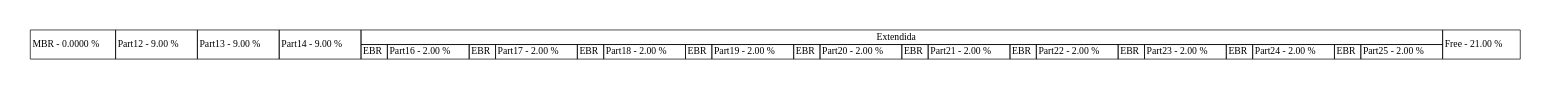
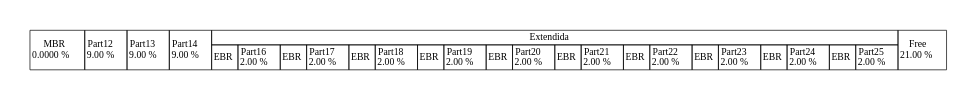
The diagram in disk_report.dot (MacoChave/DiskParted), drawn with Graphviz before and after one commit. The commit also changed 8 other files, not shown here.

```diff
--- a/disk_report.dot
+++ b/disk_report.dot
@@ -1,39 +1,39 @@
 digraph {
 	graph[pad="0.5", nodesep="0.5", ranksep="2"]
 	node [shape = plain]
 	rankdir = LR
 	DISK [label=<
 		<table border="0" cellborder="1" cellspacing="0">
 			<tr>
-				<td rowspan="2">MBR - 0.0000 %</td>
-				<td rowspan="2">Part12 - 9.00 %</td>
-				<td rowspan="2">Part13 - 9.00 %</td>
-				<td rowspan="2">Part14 - 9.00 %</td>
+				<td rowspan="2">MBR <br/> 0.0000 %</td>
+				<td rowspan="2">Part12 <br/> 9.00 %</td>
+				<td rowspan="2">Part13 <br/> 9.00 %</td>
+				<td rowspan="2">Part14 <br/> 9.00 %</td>
 				<td colspan="20">Extendida</td>
-				<td rowspan="2">Free - 21.00 %</td>
+				<td rowspan="2">Free <br/> 21.00 %</td>
 			</tr>
 			<tr>
 				<td>EBR</td>
-				<td>Part16 - 2.00 %</td>
+				<td>Part16 <br/> 2.00 %</td>
 				<td>EBR</td>
-				<td>Part17 - 2.00 %</td>
+				<td>Part17 <br/> 2.00 %</td>
 				<td>EBR</td>
-				<td>Part18 - 2.00 %</td>
+				<td>Part18 <br/> 2.00 %</td>
 				<td>EBR</td>
-				<td>Part19 - 2.00 %</td>
+				<td>Part19 <br/> 2.00 %</td>
 				<td>EBR</td>
-				<td>Part20 - 2.00 %</td>
+				<td>Part20 <br/> 2.00 %</td>
 				<td>EBR</td>
-				<td>Part21 - 2.00 %</td>
+				<td>Part21 <br/> 2.00 %</td>
 				<td>EBR</td>
-				<td>Part22 - 2.00 %</td>
+				<td>Part22 <br/> 2.00 %</td>
 				<td>EBR</td>
-				<td>Part23 - 2.00 %</td>
+				<td>Part23 <br/> 2.00 %</td>
 				<td>EBR</td>
-				<td>Part24 - 2.00 %</td>
+				<td>Part24 <br/> 2.00 %</td>
 				<td>EBR</td>
-				<td>Part25 - 2.00 %</td>
+				<td>Part25 <br/> 2.00 %</td>
 			</tr>
 		</table>
 	>]
 }
```
